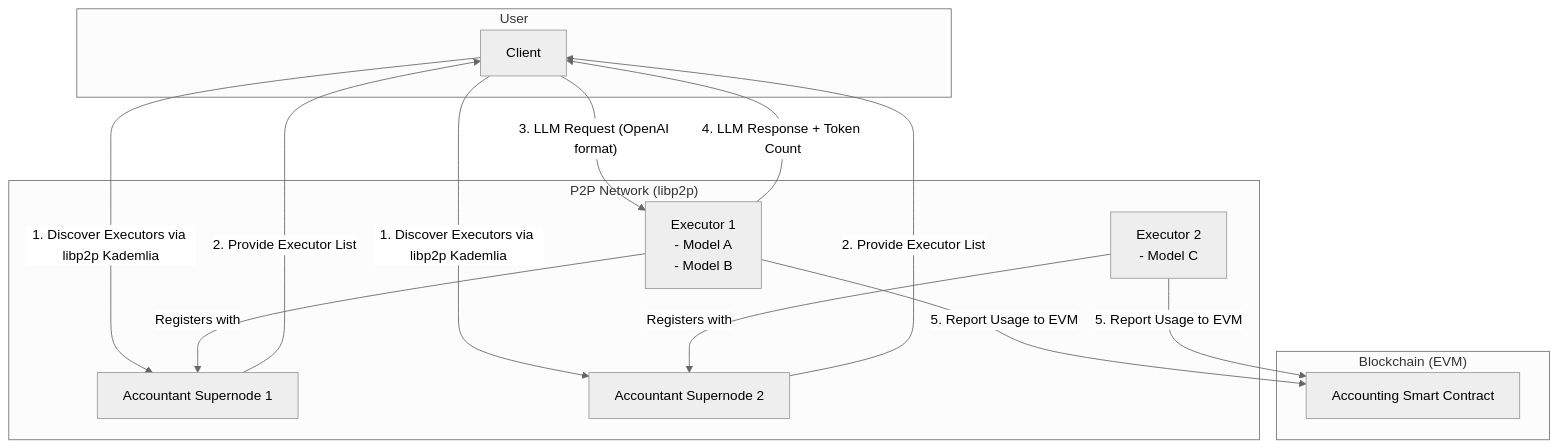
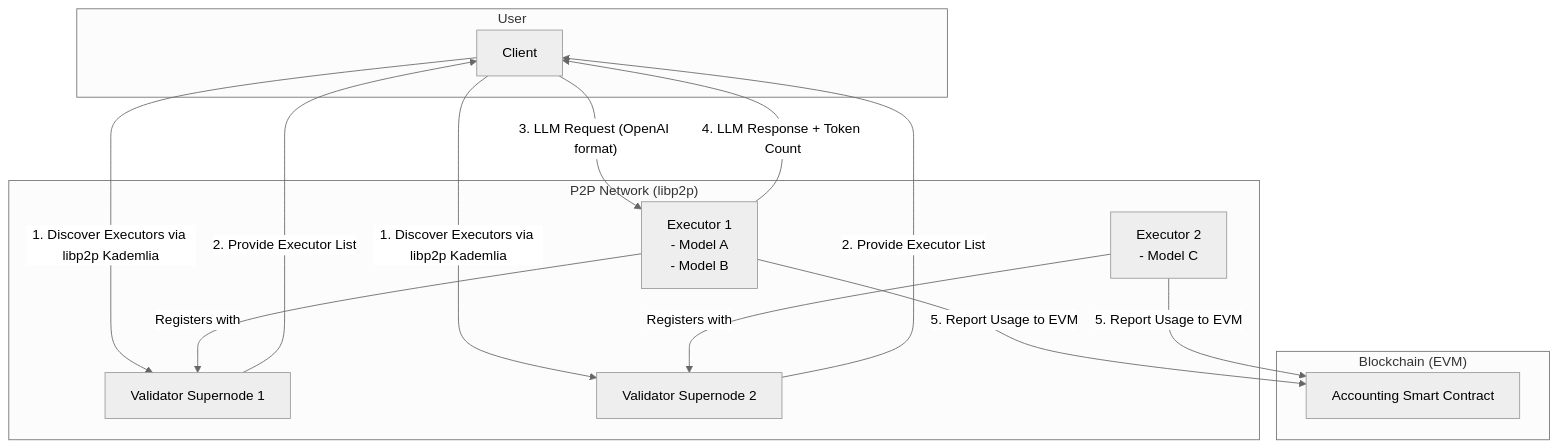
The first of 2 diagrams in .roo/ROO_CC.md (dexloom/lloom), drawn with Mermaid (neutral theme) before and after one commit. The commit also changed other lines of this file and 13 other files, not shown here.

First line of the commit message:
Comprehensive rename: Replace 'accountant' with 'validator' across entire project

````diff
--- a/.roo/ROO_CC.md
+++ b/.roo/ROO_CC.md
@@ -11,31 +11,31 @@
 ```mermaid
 graph TD
     subgraph "User"
         Client
     end
 
     subgraph "P2P Network (libp2p)"
-        Accountant1[Accountant Supernode 1]
-        Accountant2[Accountant Supernode 2]
+        Validator1[Validator Supernode 1]
+        Validator2[Validator Supernode 2]
         Executor1[Executor 1 <br/>- Model A <br/>- Model B]
         Executor2[Executor 2 <br/>- Model C]
     end
 
     subgraph "Blockchain (EVM)"
         AccountingContract[Accounting Smart Contract]
     end
 
-    Client -- "1. Discover Executors via libp2p Kademlia" --> Accountant1
-    Client -- "1. Discover Executors via libp2p Kademlia" --> Accountant2
-    Accountant1 -- "2. Provide Executor List" --> Client
-    Accountant2 -- "2. Provide Executor List" --> Client
+    Client -- "1. Discover Executors via libp2p Kademlia" --> Validator1
+    Client -- "1. Discover Executors via libp2p Kademlia" --> Validator2
+    Validator1 -- "2. Provide Executor List" --> Client
+    Validator2 -- "2. Provide Executor List" --> Client
 
-    Executor1 -- "Registers with" --> Accountant1
-    Executor2 -- "Registers with" --> Accountant2
+    Executor1 -- "Registers with" --> Validator1
+    Executor2 -- "Registers with" --> Validator2
 
     Client -- "3. LLM Request (OpenAI format)" --> Executor1
     Executor1 -- "4. LLM Response + Token Count" --> Client
 
     Executor1 -- "5. Report Usage to EVM" --> AccountingContract
     Executor2 -- "5. Report Usage to EVM" --> AccountingContract
 ```
````
